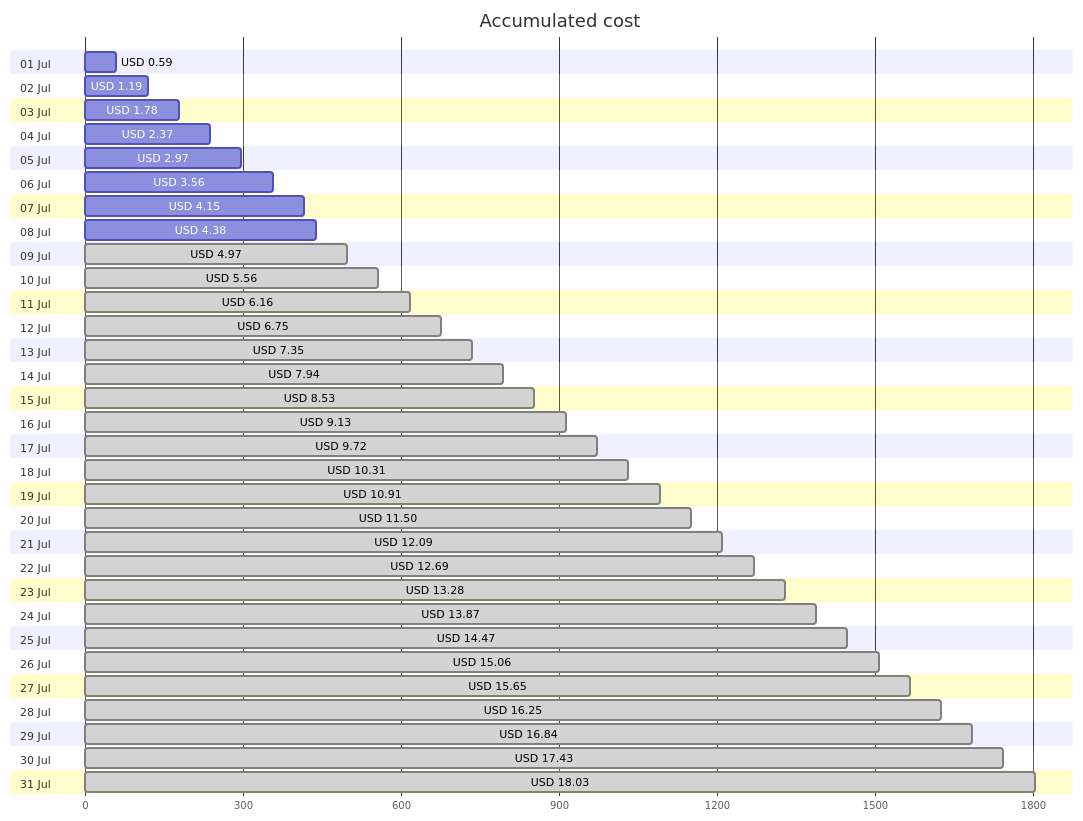
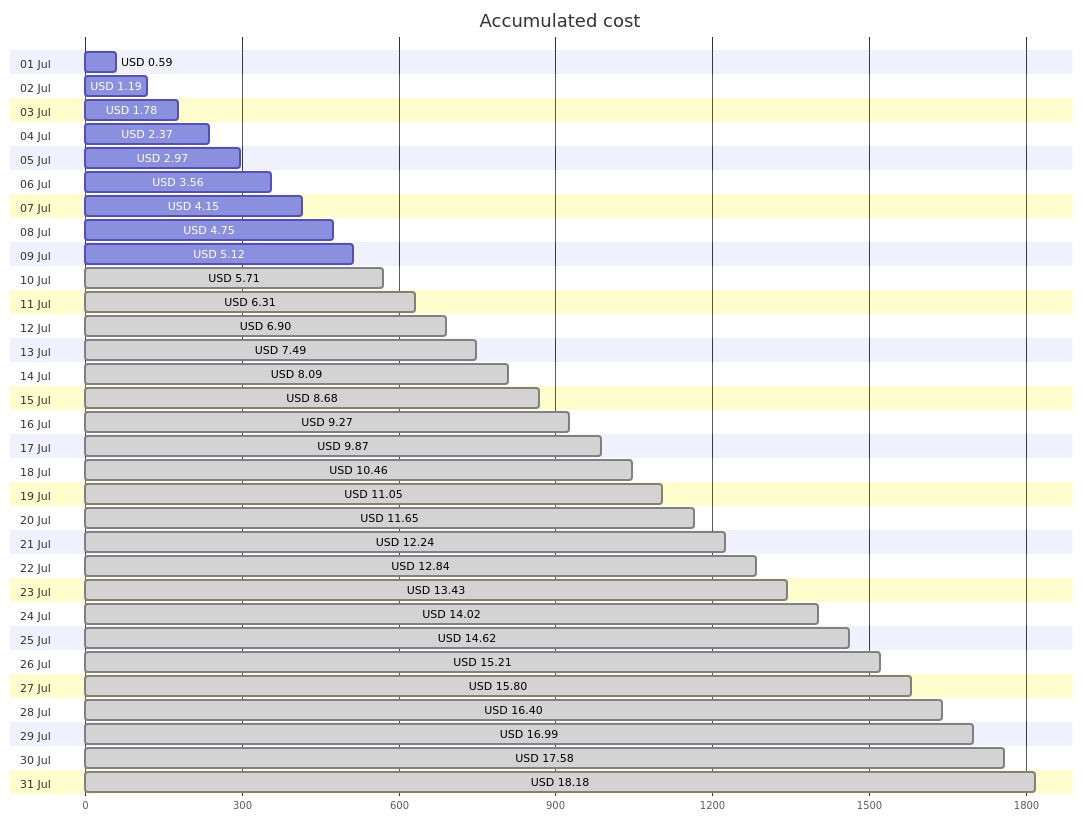
One commit to jpfulton/azure-personal-reports changed the first of 4 diagrams in cost-reports/personal-site/README.md. Above: the diagram before and after it, drawn with Mermaid. The commit also changed other lines of this file and 6 other files, not shown here.

````diff
--- a/cost-reports/personal-site/README.md
+++ b/cost-reports/personal-site/README.md
@@ -20,68 +20,68 @@
 ```mermaid
 gantt
    title Accumulated cost
    dateFormat  X
    axisFormat %s
    section 01 Jul
    USD 0.59 :0, 59
    section 02 Jul
    USD 1.19 :0, 119
    section 03 Jul
    USD 1.78 :0, 178
    section 04 Jul
    USD 2.37 :0, 237
    section 05 Jul
    USD 2.97 :0, 297
    section 06 Jul
    USD 3.56 :0, 356
    section 07 Jul
    USD 4.15 :0, 415
    section 08 Jul
-   USD 4.38 :0, 438
+   USD 4.75 :0, 475
    section 09 Jul
-   USD 4.97 : done, 0, 497
+   USD 5.12 :0, 512
    section 10 Jul
-   USD 5.56 : done, 0, 556
+   USD 5.71 : done, 0, 571
    section 11 Jul
-   USD 6.16 : done, 0, 616
+   USD 6.31 : done, 0, 631
    section 12 Jul
-   USD 6.75 : done, 0, 675
+   USD 6.90 : done, 0, 690
    section 13 Jul
-   USD 7.35 : done, 0, 735
+   USD 7.49 : done, 0, 749
    section 14 Jul
-   USD 7.94 : done, 0, 794
+   USD 8.09 : done, 0, 809
    section 15 Jul
-   USD 8.53 : done, 0, 853
+   USD 8.68 : done, 0, 868
    section 16 Jul
-   USD 9.13 : done, 0, 913
+   USD 9.27 : done, 0, 927
    section 17 Jul
-   USD 9.72 : done, 0, 972
+   USD 9.87 : done, 0, 987
    section 18 Jul
-   USD 10.31 : done, 0, 1031
+   USD 10.46 : done, 0, 1046
    section 19 Jul
-   USD 10.91 : done, 0, 1091
+   USD 11.05 : done, 0, 1105
    section 20 Jul
-   USD 11.50 : done, 0, 1150
+   USD 11.65 : done, 0, 1165
    section 21 Jul
-   USD 12.09 : done, 0, 1209
+   USD 12.24 : done, 0, 1224
    section 22 Jul
-   USD 12.69 : done, 0, 1269
+   USD 12.84 : done, 0, 1284
    section 23 Jul
-   USD 13.28 : done, 0, 1328
+   USD 13.43 : done, 0, 1343
    section 24 Jul
-   USD 13.87 : done, 0, 1387
+   USD 14.02 : done, 0, 1402
    section 25 Jul
-   USD 14.47 : done, 0, 1447
+   USD 14.62 : done, 0, 1462
    section 26 Jul
-   USD 15.06 : done, 0, 1506
+   USD 15.21 : done, 0, 1521
    section 27 Jul
-   USD 15.65 : done, 0, 1565
+   USD 15.80 : done, 0, 1580
    section 28 Jul
-   USD 16.25 : done, 0, 1625
+   USD 16.40 : done, 0, 1640
    section 29 Jul
-   USD 16.84 : done, 0, 1684
+   USD 16.99 : done, 0, 1699
    section 30 Jul
-   USD 17.43 : done, 0, 1743
+   USD 17.58 : done, 0, 1758
    section 31 Jul
-   USD 18.03 : done, 0, 1803
+   USD 18.18 : done, 0, 1818
 ```
````
